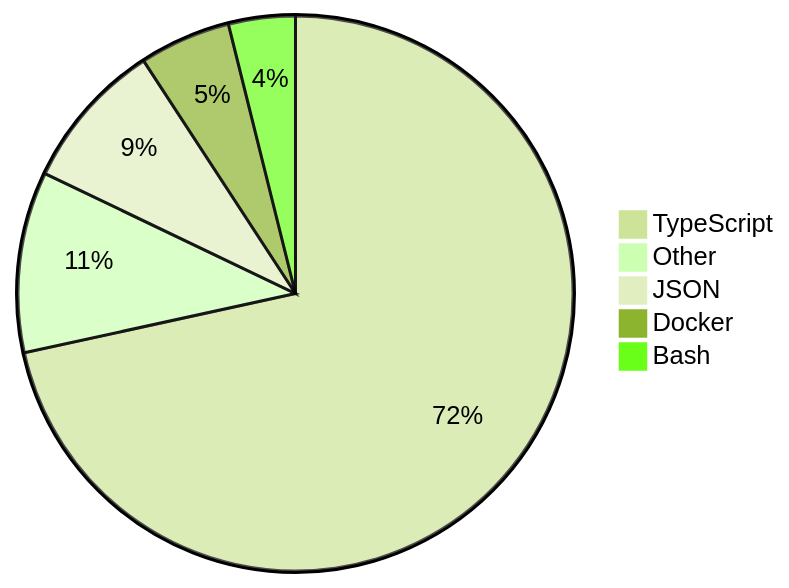
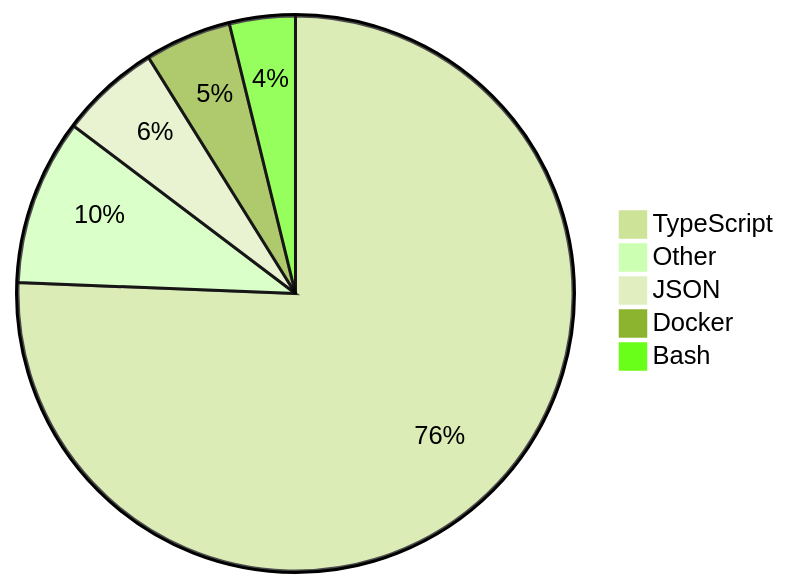
Before and after one commit to skvggor/skvggor: the diagram in README.md, drawn with Mermaid (forest theme).

Commit message:
Updated waka-readme graph with new metrics

````diff
--- a/README.md
+++ b/README.md
@@ -16,8 +16,8 @@
 ```mermaid
 pie
-    "TypeScript" : 70.0
-    "Other" : 10.3
-    "JSON" : 8.5
-    "Docker" : 5.2
+    "TypeScript" : 75.1
+    "Other" : 9.6
+    "JSON" : 5.8
+    "Docker" : 5.0
     "Bash" : 3.8
 ```
````
